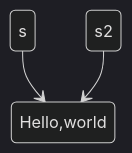
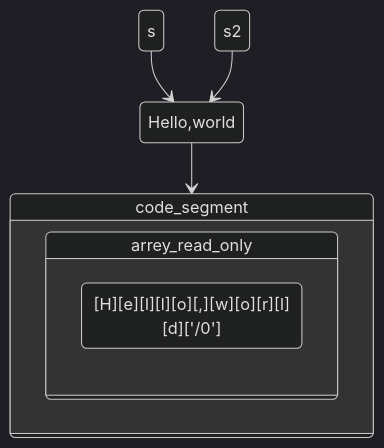
One commit to CyanPineapple/notes changed the diagram in c.md. Above: the diagram before and after it, drawn with Mermaid (dark theme). The commit also changed other lines of this file and 1 other file, not shown here.

````diff
--- a/c.md
+++ b/c.md
@@ -14,5 +20,13 @@
 ```mermaid
 stateDiagram-v2
 s --> Hello,world
 s2 --> Hello,world
+state arrey_read_only{
+	[H][e][l][l][o][,][w][o][r][l][d]['/0']
+	
+}
+state code_segment{
+ arrey_read_only
+}
+Hello,world --> code_segment
 ```
````
